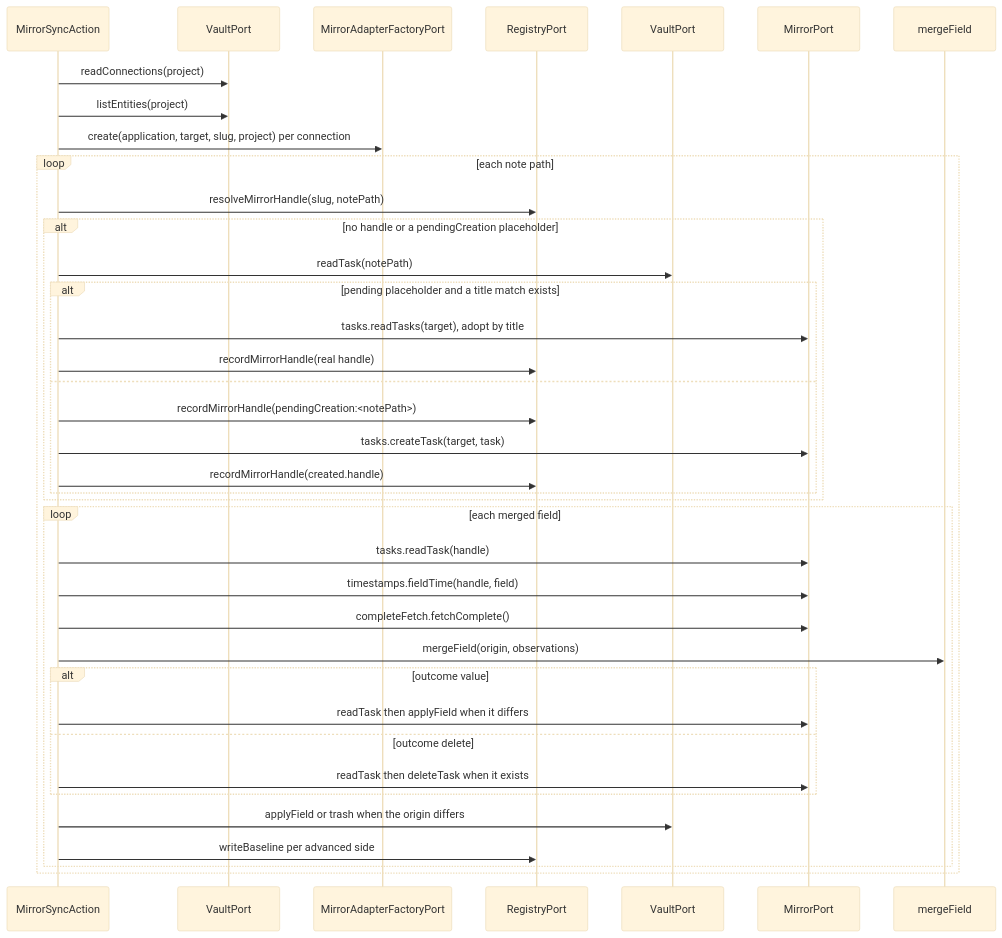
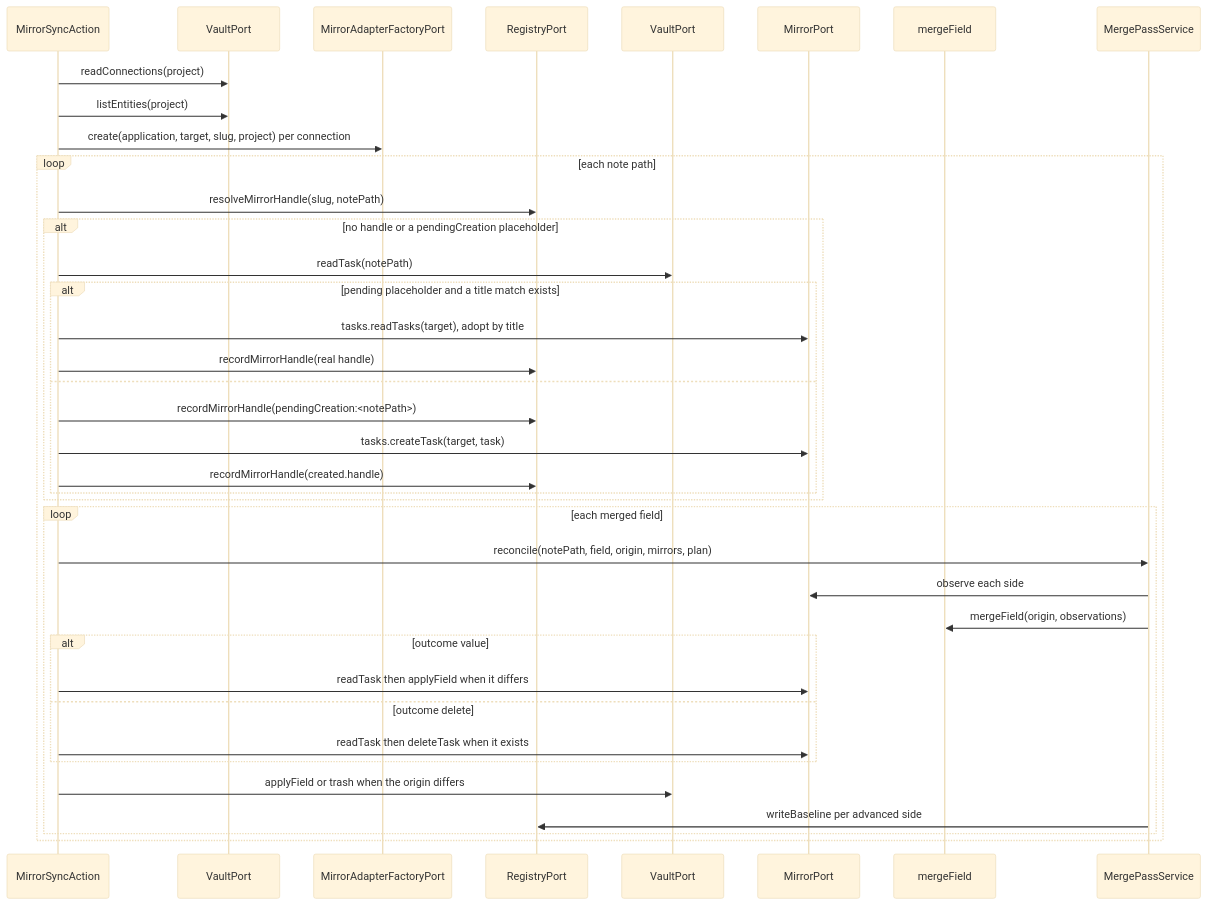
One commit to 99linesofcode/obsidian-project-management changed the fifth of 16 diagrams in docs/developer-manual.md. Above: the diagram before and after it, drawn with Mermaid (base theme). The commit also changed other lines of this file and 6 other files, not shown here.

First line of the commit message:
refactor(merge): extract the shared merge-pass driver (Extract Class)

````diff
--- a/docs/developer-manual.md
+++ b/docs/developer-manual.md
@@ -298,41 +307,41 @@
 ```mermaid
 sequenceDiagram
   participant A as MirrorSyncAction
   participant PS as VaultPort
   participant F as MirrorAdapterFactoryPort
   participant H as RegistryPort
   participant O as VaultPort
   participant R as MirrorPort
   participant MF as mergeField
+  participant MP as MergePassService
 
   A->>PS: readConnections(project)
   A->>PS: listEntities(project)
   A->>F: create(application, target, slug, project) per connection
   loop each note path
     A->>H: resolveMirrorHandle(slug, notePath)
     alt no handle or a pendingCreation placeholder
       A->>O: readTask(notePath)
       alt pending placeholder and a title match exists
         A->>R: tasks.readTasks(target), adopt by title
         A->>H: recordMirrorHandle(real handle)
       else
         A->>H: recordMirrorHandle(pendingCreation:<notePath>)
         A->>R: tasks.createTask(target, task)
         A->>H: recordMirrorHandle(created.handle)
       end
     end
     loop each merged field
-      A->>R: tasks.readTask(handle)
-      A->>R: timestamps.fieldTime(handle, field)
-      A->>R: completeFetch.fetchComplete()
-      A->>MF: mergeField(origin, observations)
+      A->>MP: reconcile(notePath, field, origin, mirrors, plan)
+      MP->>R: observe each side
+      MP->>MF: mergeField(origin, observations)
       alt outcome value
         A->>R: readTask then applyField when it differs
       else outcome delete
         A->>R: readTask then deleteTask when it exists
       end
       A->>O: applyField or trash when the origin differs
-      A->>H: writeBaseline per advanced side
+      MP->>H: writeBaseline per advanced side
     end
   end
 ```
````
